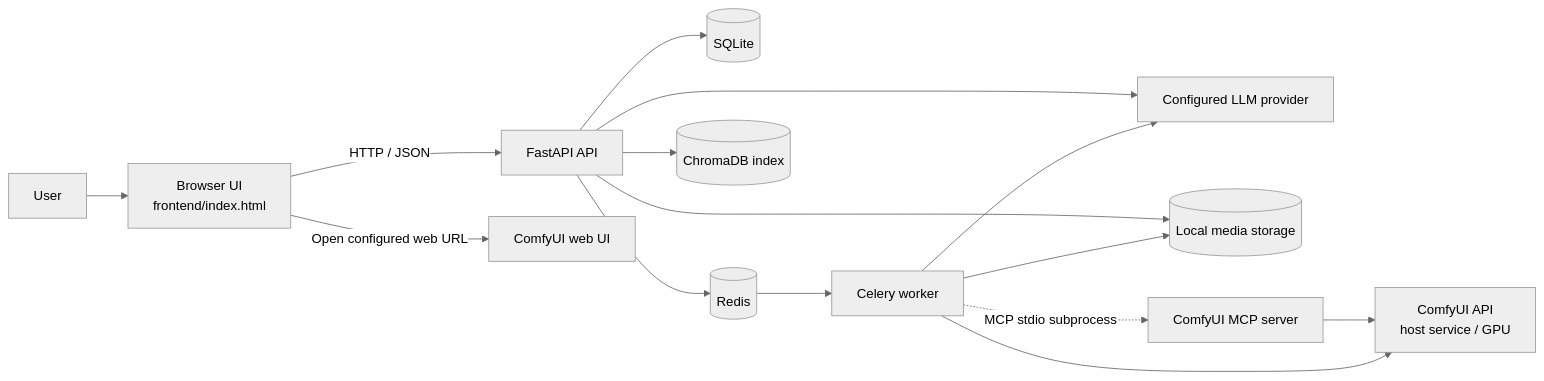
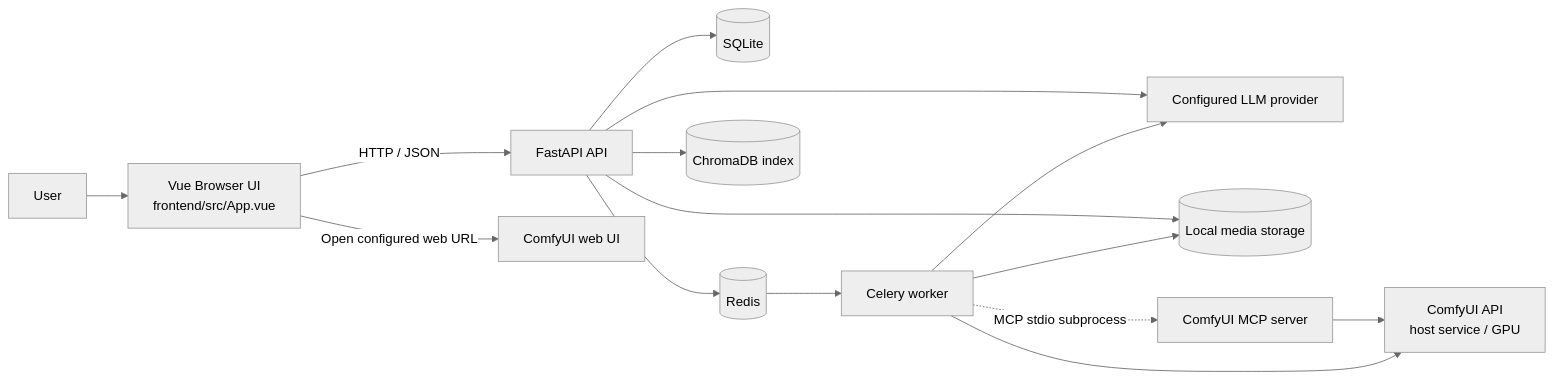
Before and after one commit to Cheung-Fly/ai-image-studio-Base-On-ComfyUI: the first of 2 diagrams in docs/ARCHITECTURE.md, drawn with Mermaid (neutral theme). The commit also changed other lines of this file and 30 other files, not shown here.

Commit message:
feat: add Vue frontend and director storyboard agent

````diff
--- a/docs/ARCHITECTURE.md
+++ b/docs/ARCHITECTURE.md
@@ -27,17 +27,17 @@
 ```mermaid
 flowchart LR
-    User[User] --> Browser[Browser UI<br/>frontend/index.html]
+    User[User] --> Browser[Vue Browser UI<br/>frontend/src/App.vue]
     Browser -->|HTTP / JSON| API[FastAPI API]
     Browser -->|Open configured web URL| ComfyWeb[ComfyUI web UI]
     API --> DB[(SQLite)]
     API --> Redis[(Redis)]
     Redis --> Worker[Celery worker]
     Worker --> Comfy[ComfyUI API<br/>host service / GPU]
     Worker --> LLM[Configured LLM provider]
     API --> LLM
     Worker --> Files[(Local media storage)]
     API --> Files
     Worker -. MCP stdio subprocess .-> MCP[ComfyUI MCP server]
     MCP --> Comfy
     API --> RAG[(ChromaDB index)]
 ```
````
